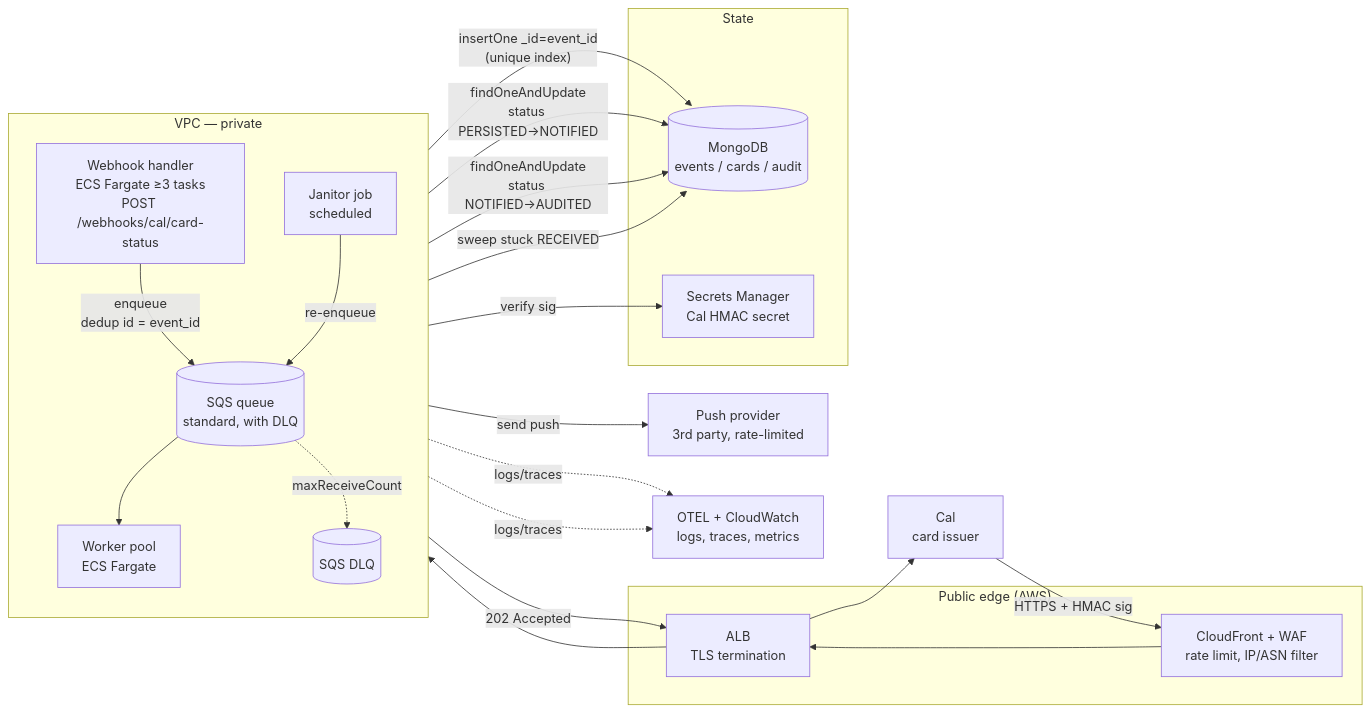
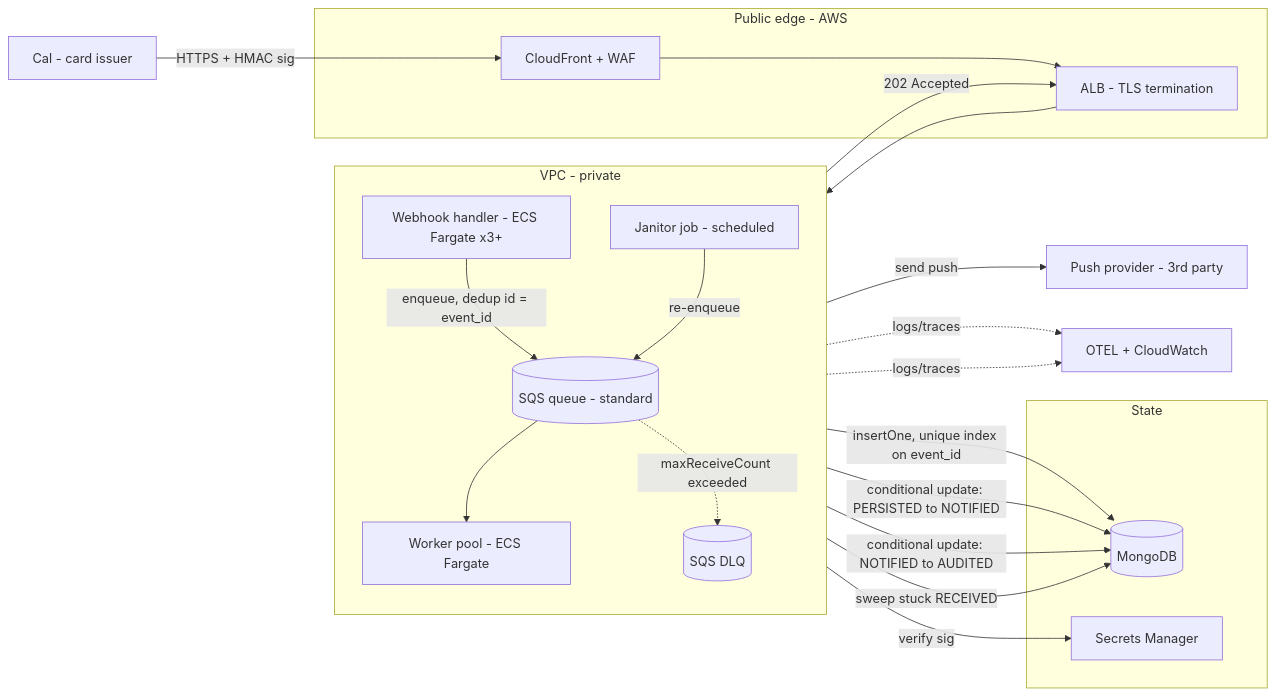
The first of 3 diagrams in architecture.md (YoniRipp/TravelIO-arch), drawn with Mermaid before and after one commit. The commit also changed other lines of this file, not shown here.

Commit message:
Fix Mermaid syntax errors in architecture diagram
Break chained arrows into individual edges, remove curly braces and
unicode special characters from labels, fix dotted arrow syntax.

https://claude.ai/code/session_01HzyjQhqCDiTrTNLC3T7j3z

````diff
--- a/architecture.md
+++ b/architecture.md
@@ -5,44 +5,47 @@
 ```mermaid
 flowchart LR
-    Cal[Cal<br/>card issuer]
+    Cal[Cal - card issuer]
 
-    subgraph Edge["Public edge (AWS)"]
-        WAF[CloudFront + WAF<br/>rate limit, IP/ASN filter]
-        ALB[ALB<br/>TLS termination]
+    subgraph Edge["Public edge - AWS"]
+        WAF[CloudFront + WAF]
+        ALB[ALB - TLS termination]
     end
 
-    subgraph App["VPC — private"]
+    subgraph App["VPC - private"]
         direction TB
-        H[Webhook handler<br/>ECS Fargate ≥3 tasks<br/>POST /webhooks/cal/card-status]
-        Q[(SQS queue<br/>standard, with DLQ)]
-        W[Worker pool<br/>ECS Fargate]
+        H[Webhook handler - ECS Fargate x3+]
+        Q[(SQS queue - standard)]
+        W[Worker pool - ECS Fargate]
         DLQ[(SQS DLQ)]
-        JAN[Janitor job<br/>scheduled]
+        JAN[Janitor job - scheduled]
     end
 
     subgraph Data["State"]
-        M[(MongoDB<br/>events / cards / audit)]
-        SM[Secrets Manager<br/>Cal HMAC secret]
+        M[(MongoDB)]
+        SM[Secrets Manager]
     end
 
-    PUSH[Push provider<br/>3rd party, rate-limited]
-    OBS[OTEL + CloudWatch<br/>logs, traces, metrics]
+    PUSH[Push provider - 3rd party]
+    OBS[OTEL + CloudWatch]
 
-    Cal -->|HTTPS + HMAC sig| WAF --> ALB --> H
-    H -->|verify sig| SM
-    H -->|"insertOne _id=event_id<br/>(unique index)"| M
-    H -->|enqueue<br/>dedup id = event_id| Q
-    H -->|202 Accepted| ALB --> Cal
+    Cal -->|"HTTPS + HMAC sig"| WAF
+    WAF --> ALB
+    ALB --> H
+
+    H -->|"verify sig"| SM
+    H -->|"insertOne, unique index on event_id"| M
+    H -->|"enqueue, dedup id = event_id"| Q
+    H -->|"202 Accepted"| ALB
 
     Q --> W
-    W -->|"findOneAndUpdate<br/>status PERSISTED→NOTIFIED"| M
-    W -->|send push| PUSH
-    W -->|"findOneAndUpdate<br/>status NOTIFIED→AUDITED"| M
-    Q -. maxReceiveCount .-> DLQ
+    W -->|"conditional update: PERSISTED to NOTIFIED"| M
+    W -->|"send push"| PUSH
+    W -->|"conditional update: NOTIFIED to AUDITED"| M
+    Q -.->|"maxReceiveCount exceeded"| DLQ
 
-    JAN -->|sweep stuck RECEIVED| M
-    JAN -->|re-enqueue| Q
+    JAN -->|"sweep stuck RECEIVED"| M
+    JAN -->|"re-enqueue"| Q
 
-    H -. logs/traces .-> OBS
-    W -. logs/traces .-> OBS
+    H -.->|"logs/traces"| OBS
+    W -.->|"logs/traces"| OBS
 ```
````
